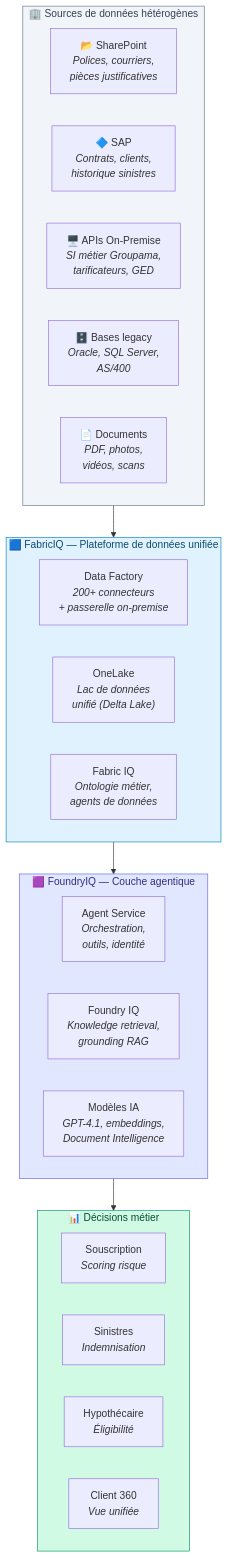
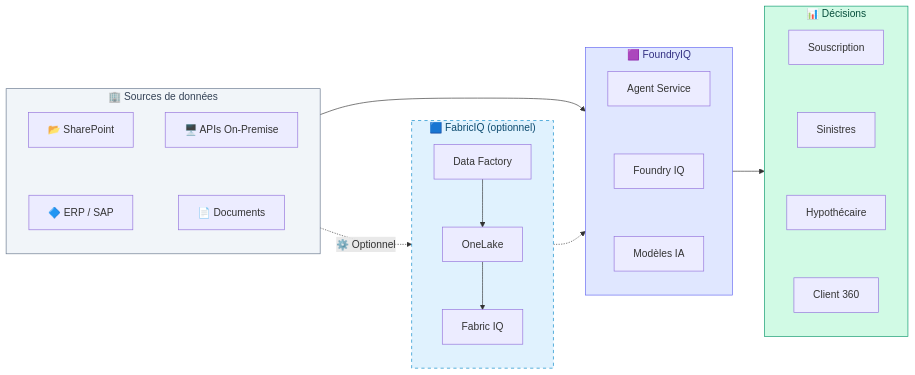
The first of 20 diagrams in docs/ARCHITECTURE-AGENTIC-V2-TARGET.md (olivMertens/WorkbenchIQ), drawn with Mermaid before and after one commit. The commit also changed other lines of this file and 6 other files, not shown here.

First line of the commit message:
Architecture docs: hybrid strategy, HITL, FAQ data locality, pipeline detail, PDF generator

````diff
--- a/docs/ARCHITECTURE-AGENTIC-V2-TARGET.md
+++ b/docs/ARCHITECTURE-AGENTIC-V2-TARGET.md
@@ -23,42 +28,22 @@
 ```mermaid
-graph TB
-    subgraph SOURCES["🏢 Sources de données hétérogènes"]
-        direction LR
-        SP["📂 SharePoint<br/><i>Polices, courriers,<br/>pièces justificatives</i>"]
-        SAP["🔷 SAP<br/><i>Contrats, clients,<br/>historique sinistres</i>"]
-        ONPREM["🖥️ APIs On-Premise<br/><i>SI métier Groupama,<br/>tarificateurs, GED</i>"]
-        LEGACY["🗄️ Bases legacy<br/><i>Oracle, SQL Server,<br/>AS/400</i>"]
-        DOCS["📄 Documents<br/><i>PDF, photos,<br/>vidéos, scans</i>"]
+graph LR
+    subgraph SOURCES["🏢 Sources de données"]
+        SP["📂 SharePoint"] ~~~ SAP["🔷 ERP / SAP"]
+        ONPREM["🖥️ APIs On-Premise"] ~~~ DOCS["📄 Documents"]
     end
-
-    subgraph FABRIC["🟦 FabricIQ — Plateforme de données unifiée"]
-        direction LR
-        DF["Data Factory<br/><i>200+ connecteurs<br/>+ passerelle on-premise</i>"]
-        OL["OneLake<br/><i>Lac de données<br/>unifié (Delta Lake)</i>"]
-        IQ_F["Fabric IQ<br/><i>Ontologie métier,<br/>agents de données</i>"]
+    subgraph FABRIC["🟦 FabricIQ (optionnel)"]
+        DF["Data Factory"] --> OL["OneLake"] --> IQ_F["Fabric IQ"]
     end
-
-    subgraph FOUNDRY["🟪 FoundryIQ — Couche agentique"]
-        direction LR
-        AS["Agent Service<br/><i>Orchestration,<br/>outils, identité</i>"]
-        IQ_A["Foundry IQ<br/><i>Knowledge retrieval,<br/>grounding RAG</i>"]
-        MODELS["Modèles IA<br/><i>GPT-4.1, embeddings,<br/>Document Intelligence</i>"]
+    subgraph FOUNDRY["🟪 FoundryIQ"]
+        AS["Agent Service"] ~~~ IQ_A["Foundry IQ"] ~~~ MODELS["Modèles IA"]
     end
-
-    subgraph OUTPUT["📊 Décisions métier"]
-        direction LR
-        O1["Souscription<br/><i>Scoring risque</i>"]
-        O2["Sinistres<br/><i>Indemnisation</i>"]
-        O3["Hypothécaire<br/><i>Éligibilité</i>"]
-        O4["Client 360<br/><i>Vue unifiée</i>"]
+    subgraph OUTPUT["📊 Décisions"]
+        O1["Souscription"] ~~~ O2["Sinistres"] ~~~ O3["Hypothécaire"] ~~~ O4["Client 360"]
     end
-
-    SOURCES --> FABRIC
-    FABRIC --> FOUNDRY
-    FOUNDRY --> OUTPUT
-
+    SOURCES --> FOUNDRY --> OUTPUT
+    SOURCES -.->|"⚙️ Optionnel"| FABRIC -.-> FOUNDRY
     style SOURCES fill:#f1f5f9,stroke:#64748b,color:#334155
-    style FABRIC fill:#e0f2fe,stroke:#0284c7,color:#0c4a6e
+    style FABRIC fill:#e0f2fe,stroke:#0284c7,stroke-dasharray: 5 5,color:#0c4a6e
     style FOUNDRY fill:#e0e7ff,stroke:#6366f1,color:#312e81
     style OUTPUT fill:#d1fae5,stroke:#059669,color:#064e3b
 ```
````
